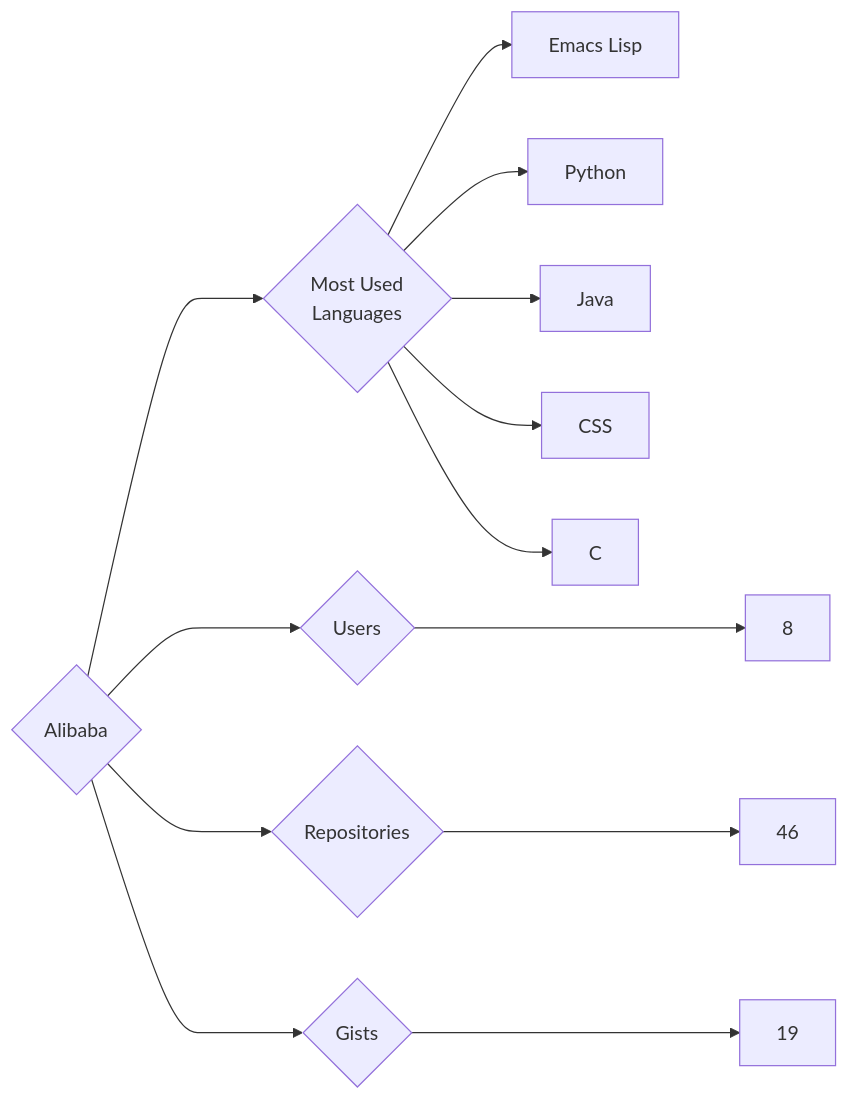
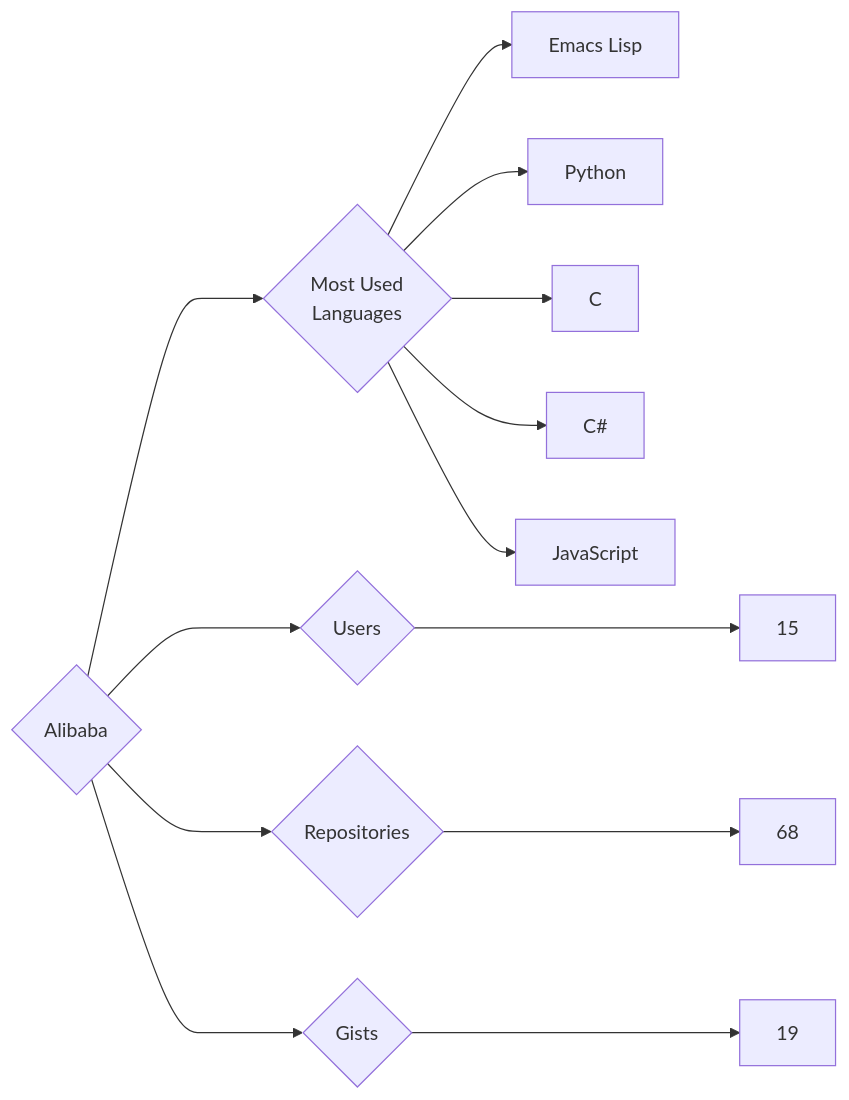
One commit to trickest/insiders changed the diagram in targets/Alibaba/README.md. Above: the diagram before and after it, drawn with Mermaid. The commit also changed 988 other files, not shown here.

````diff
--- a/targets/Alibaba/README.md
+++ b/targets/Alibaba/README.md
@@ -3,13 +3,13 @@
 ```mermaid
 graph LR
 COMPANY_NAME{Alibaba}
-COMPANY_NAME ---> U{Users} ---> UN[8]
-COMPANY_NAME ---> R{Repositories} ---> RN[46]
+COMPANY_NAME ---> U{Users} ---> UN[15]
+COMPANY_NAME ---> R{Repositories} ---> RN[68]
 COMPANY_NAME ---> G{Gists} ---> GN[19]
 COMPANY_NAME ---> ML{Most Used<br>Languages}
 ML --> Emacs_Lisp[Emacs Lisp]
 ML --> Python[Python]
-ML --> Java[Java]
-ML --> CSS[CSS]
 ML --> C[C]
+ML --> C#[C#]
+ML --> JavaScript[JavaScript]
 ```
````
